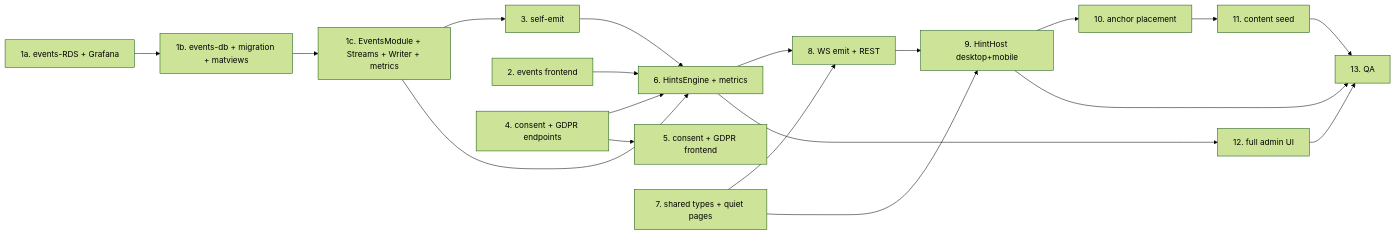
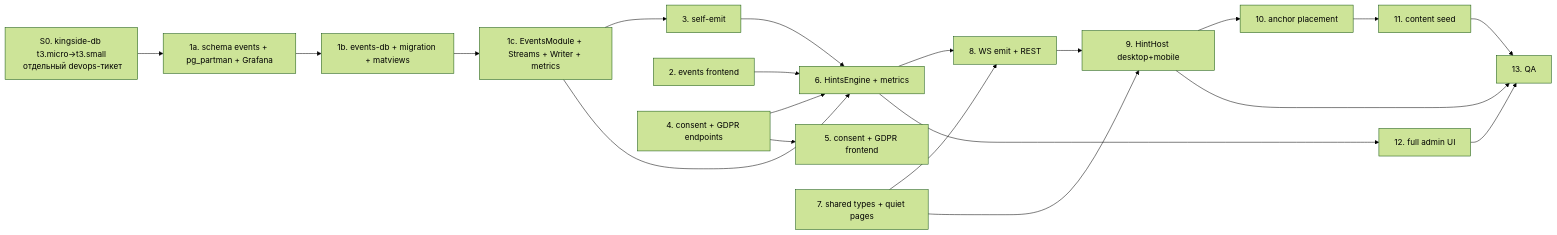
The third of 3 diagrams in docs/adr/147-contextual-hints.md (StasPiv/kingside), drawn with Mermaid (forest theme) before and after one commit. The commit also changed other lines of this file, not shown here.

Commit message:
docs(adr-147): events в схеме events на основном kingside-db (по данным KS-4679), отдельный RDS — fallback C; §7A.5 пересчитан, baseline t3.small отдельным devops-тикетом (KS-4678)

````diff
--- a/docs/adr/147-contextual-hints.md
+++ b/docs/adr/147-contextual-hints.md
@@ -758,21 +789,22 @@
 ```mermaid
 graph LR
-  T1A[1a. events-RDS + Grafana] --> T1B[1b. events-db + migration + matviews]
+  S0[S0. kingside-db t3.micro→t3.small\n отдельный devops-тикет] --> T1A[1a. schema events + pg_partman + Grafana]
+  T1A --> T1B[1b. events-db + migration + matviews]
   T1B --> T1C[1c. EventsModule + Streams + Writer + metrics]
   T1C --> T3[3. self-emit]
   T1C --> T6[6. HintsEngine + metrics]
   T2[2. events frontend] --> T6
   T3 --> T6
   T4[4. consent + GDPR endpoints] --> T6
   T4 --> T5[5. consent + GDPR frontend]
   T6 --> T8[8. WS emit + REST]
   T7[7. shared types + quiet pages] --> T8
   T7 --> T9[9. HintHost desktop+mobile]
   T8 --> T9
   T9 --> T10[10. anchor placement]
   T10 --> T11[11. content seed]
   T6 --> T12[12. full admin UI]
   T11 --> T13[13. QA]
   T12 --> T13
   T9 --> T13
 ```
````
